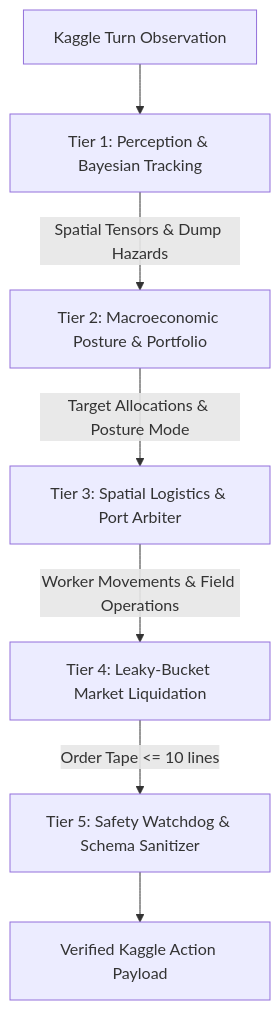
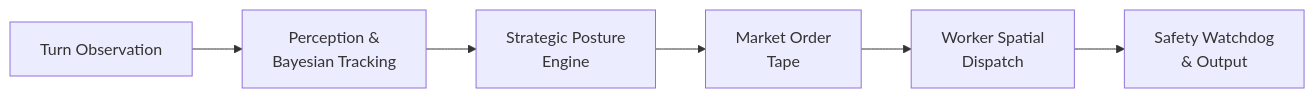
Before and after one commit to Adityaraj1969/Kaggriculture: the diagram in README.md, drawn with Mermaid. The commit also changed other lines of this file and 9 other files, not shown here.

````diff
--- a/README.md
+++ b/README.md
@@ -77,9 +43,8 @@
 ```mermaid
-graph TD
-    Obs[Kaggle Turn Observation] --> T1[Tier 1: Perception & Bayesian Tracking]
-    T1 --> |Spatial Tensors & Dump Hazards| T2[Tier 2: Macroeconomic Posture & Portfolio]
-    T2 --> |Target Allocations & Posture Mode| T3[Tier 3: Spatial Logistics & Port Arbiter]
-    T3 --> |Worker Movements & Field Operations| T4[Tier 4: Leaky-Bucket Market Liquidation]
-    T4 --> |Order Tape <= 10 lines| T5[Tier 5: Safety Watchdog & Schema Sanitizer]
-    T5 --> Output[Verified Kaggle Action Payload]
+graph LR
+    A[Turn Observation] --> B[Perception &<br>Bayesian Tracking]
+    B --> C[Strategic Posture<br>Engine]
+    C --> D[Market Order<br>Tape]
+    D --> E[Worker Spatial<br>Dispatch]
+    E --> F[Safety Watchdog<br>& Output]
 ```
````
